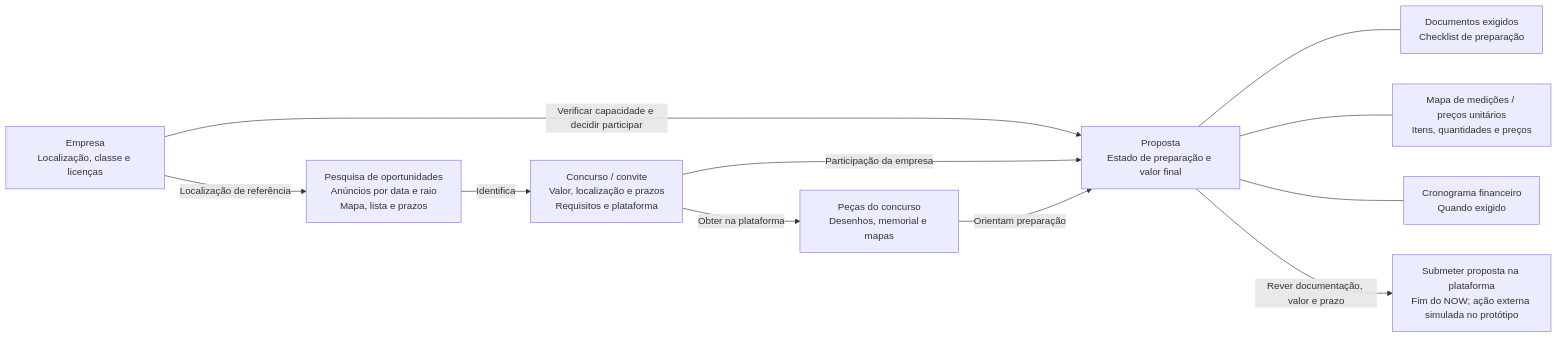
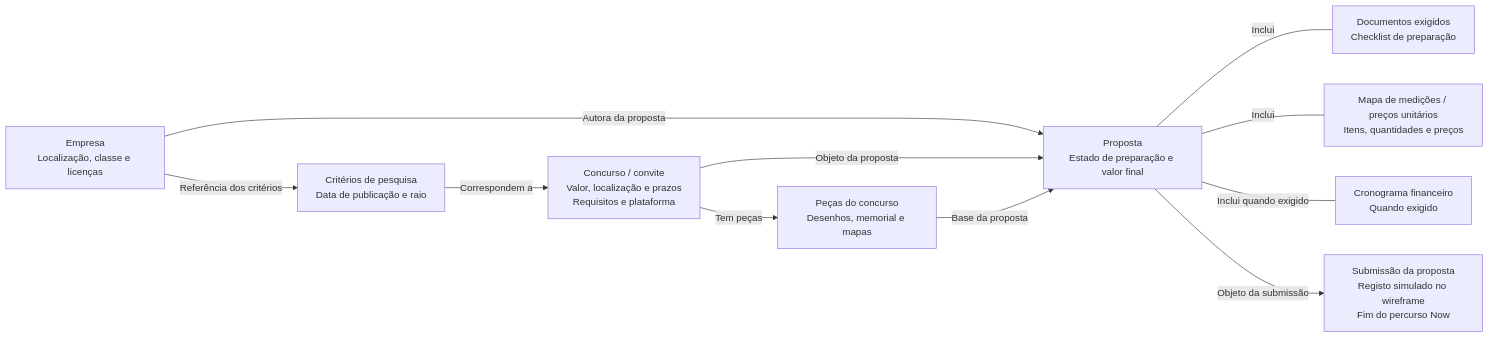
Before and after one commit to prumod/cairn-web: the fourth of 4 diagrams in context/now/diagrams.md, drawn with Mermaid. The commit also changed other lines of this file and 1 other file, not shown here.

Commit message:
docs: express principal journeys as entity flows (#16)

````diff
--- a/context/now/diagrams.md
+++ b/context/now/diagrams.md
@@ -134,24 +136,24 @@
 ```mermaid
 flowchart LR
 
     EMPRESA["Empresa<br/>Localização, classe e licenças"]
-    PESQUISA["Pesquisa de oportunidades<br/>Anúncios por data e raio<br/>Mapa, lista e prazos"]
+    PESQUISA["Critérios de pesquisa<br/>Data de publicação e raio"]
     CONCURSO["Concurso / convite<br/>Valor, localização e prazos<br/>Requisitos e plataforma"]
     PECAS["Peças do concurso<br/>Desenhos, memorial e mapas"]
     PROPOSTA["Proposta<br/>Estado de preparação e valor final"]
     DOCUMENTOS["Documentos exigidos<br/>Checklist de preparação"]
     PRECOS["Mapa de medições / preços unitários<br/>Itens, quantidades e preços"]
     FINANCEIRO["Cronograma financeiro<br/>Quando exigido"]
-    SUBMISSAO["Submeter proposta na plataforma<br/>Fim do NOW; ação externa simulada no protótipo"]
+    SUBMISSAO["Submissão da proposta<br/>Registo simulado no wireframe<br/>Fim do percurso Now"]
 
-    EMPRESA -->|"Localização de referência"| PESQUISA
-    PESQUISA -->|"Identifica"| CONCURSO
-    EMPRESA -->|"Verificar capacidade e decidir participar"| PROPOSTA
-    CONCURSO -->|"Participação da empresa"| PROPOSTA
-    CONCURSO -->|"Obter na plataforma"| PECAS
-    PECAS -->|"Orientam preparação"| PROPOSTA
-    PROPOSTA --- DOCUMENTOS
-    PROPOSTA --- PRECOS
-    PROPOSTA --- FINANCEIRO
-    PROPOSTA -->|"Rever documentação, valor e prazo"| SUBMISSAO
+    EMPRESA -->|"Referência dos critérios"| PESQUISA
+    PESQUISA -->|"Correspondem a"| CONCURSO
+    EMPRESA -->|"Autora da proposta"| PROPOSTA
+    CONCURSO -->|"Objeto da proposta"| PROPOSTA
+    CONCURSO -->|"Tem peças"| PECAS
+    PECAS -->|"Base da proposta"| PROPOSTA
+    PROPOSTA ---|"Inclui"| DOCUMENTOS
+    PROPOSTA ---|"Inclui"| PRECOS
+    PROPOSTA ---|"Inclui quando exigido"| FINANCEIRO
+    PROPOSTA -->|"Objeto da submissão"| SUBMISSAO
 ```
````
